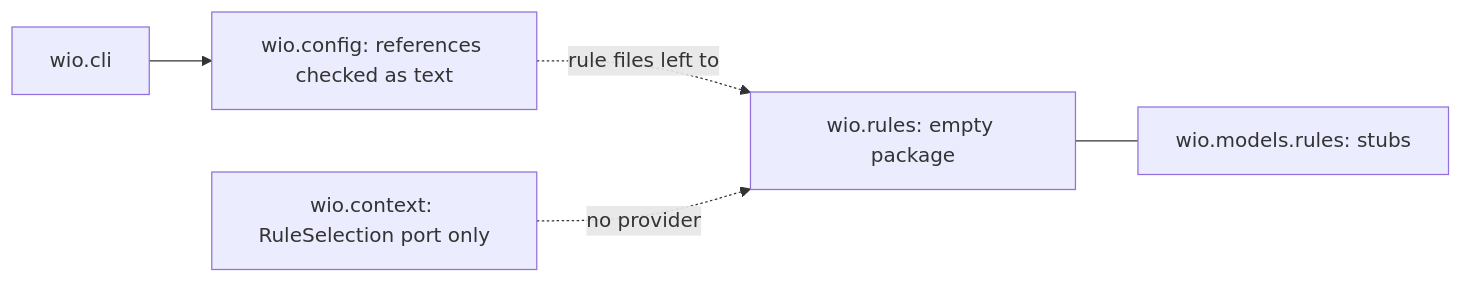
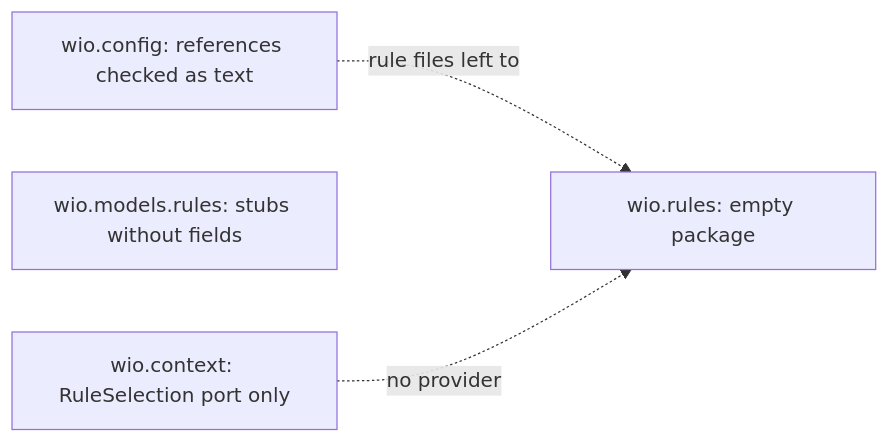
The first of 2 diagrams in .agents/wio/works/wio-rules/README.md (msitarz/wio), drawn with Mermaid before and after one commit. The commit also changed other lines of this file, not shown here.

First line of the commit message:
docs(rules): keep only integration criteria in the wio rules Work

````diff
--- a/.agents/wio/works/wio-rules/README.md
+++ b/.agents/wio/works/wio-rules/README.md
@@ -149,12 +155,9 @@
 ```mermaid
 flowchart LR
     cfg["wio.config: references checked as text"]
     rules["wio.rules: empty package"]
-    models["wio.models.rules: stubs"]
+    models["wio.models.rules: stubs without fields"]
     ctx["wio.context: RuleSelection port only"]
-    cli["wio.cli"]
     cfg -. "rule files left to" .-> rules
     ctx -. "no provider" .-> rules
-    rules --- models
-    cli --> cfg
 ```
````
